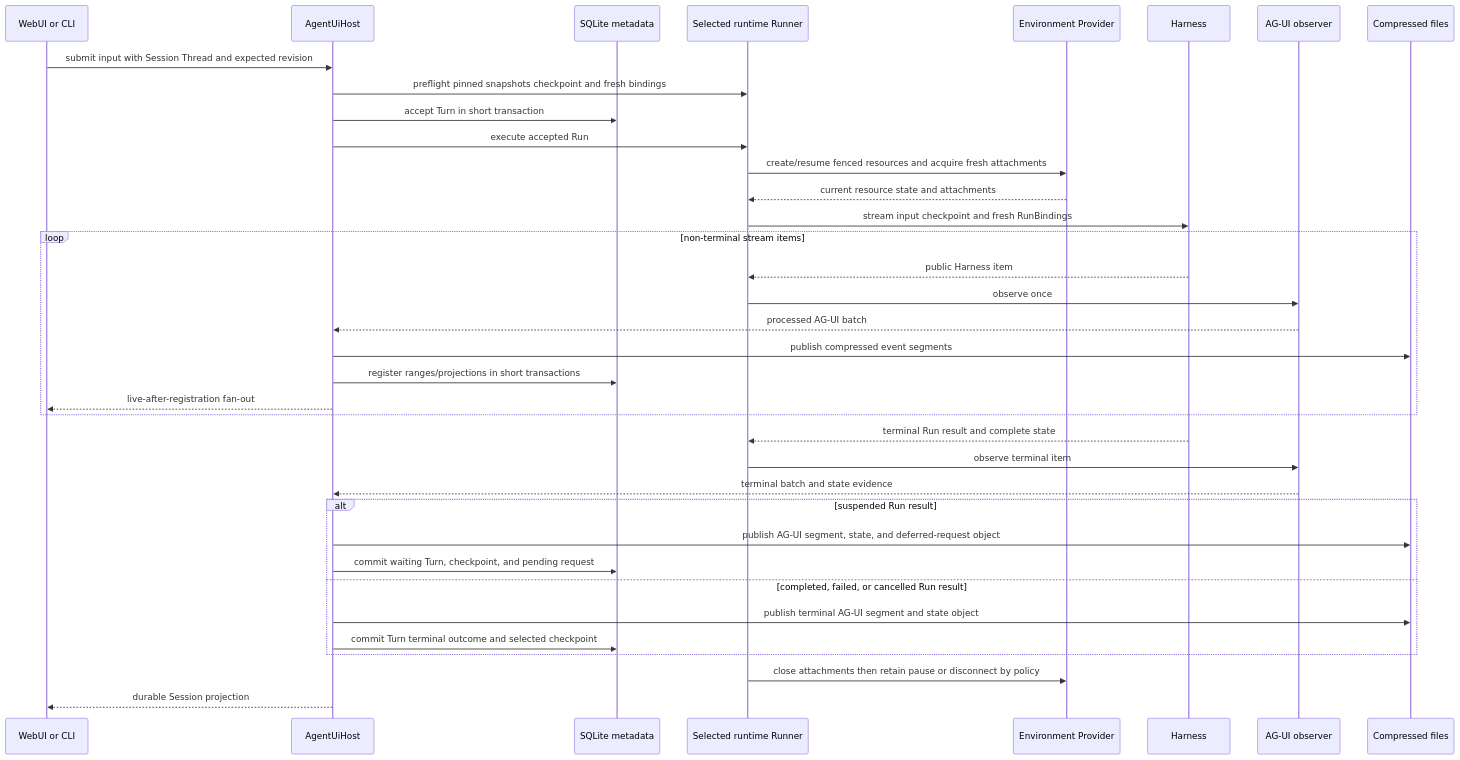
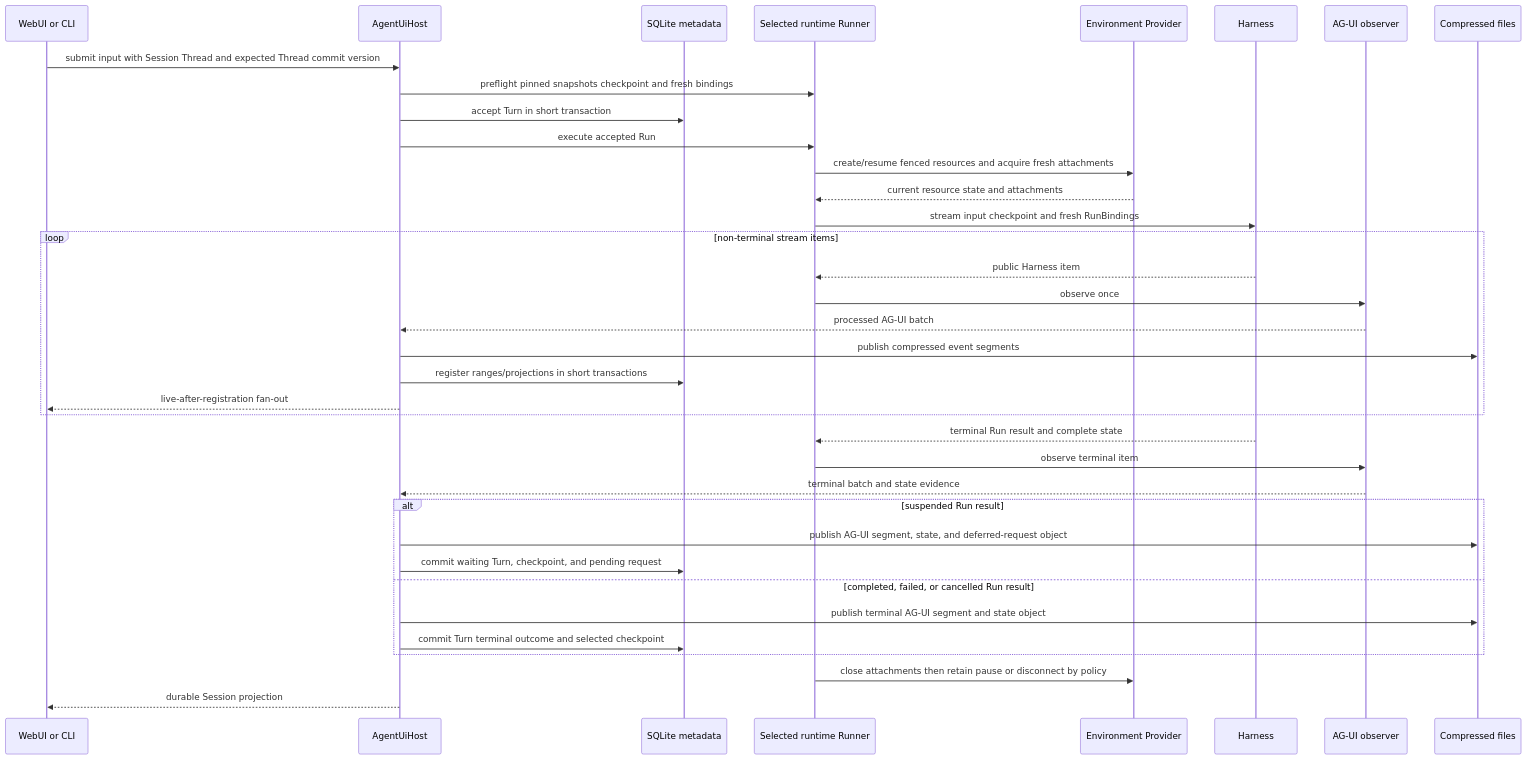
One commit to LTThreeComma/agent-foundation changed the third of 3 diagrams in spec/agent-ui/00-overview.md. Above: the diagram before and after it, drawn with Mermaid. The commit also changed other lines of this file and 91 other files, not shown here.

````diff
--- a/spec/agent-ui/00-overview.md
+++ b/spec/agent-ui/00-overview.md
@@ -165,39 +165,39 @@
 ```mermaid
 sequenceDiagram
     participant Surface as WebUI or CLI
     participant Host as AgentUiHost
     participant DB as SQLite metadata
     participant Runner as Selected runtime Runner
     participant Provider as Environment Provider
     participant Harness
     participant AGUI as AG-UI observer
     participant Files as Compressed files
 
-    Surface->>Host: submit input with Session Thread and expected revision
+    Surface->>Host: submit input with Session Thread and expected Thread commit version
     Host->>Runner: preflight pinned snapshots checkpoint and fresh bindings
     Host->>DB: accept Turn in short transaction
     Host->>Runner: execute accepted Run
     Runner->>Provider: create/resume fenced resources and acquire fresh attachments
     Provider-->>Runner: current resource state and attachments
     Runner->>Harness: stream input checkpoint and fresh RunBindings
     loop non-terminal stream items
         Harness-->>Runner: public Harness item
         Runner->>AGUI: observe once
         AGUI-->>Host: processed AG-UI batch
         Host->>Files: publish compressed event segments
         Host->>DB: register ranges/projections in short transactions
         Host-->>Surface: live-after-registration fan-out
     end
     Harness-->>Runner: terminal Run result and complete state
     Runner->>AGUI: observe terminal item
     AGUI-->>Host: terminal batch and state evidence
     alt suspended Run result
         Host->>Files: publish AG-UI segment, state, and deferred-request object
         Host->>DB: commit waiting Turn, checkpoint, and pending request
     else completed, failed, or cancelled Run result
         Host->>Files: publish terminal AG-UI segment and state object
         Host->>DB: commit Turn terminal outcome and selected checkpoint
     end
     Runner->>Provider: close attachments then retain pause or disconnect by policy
     Host-->>Surface: durable Session projection
 ```
````
